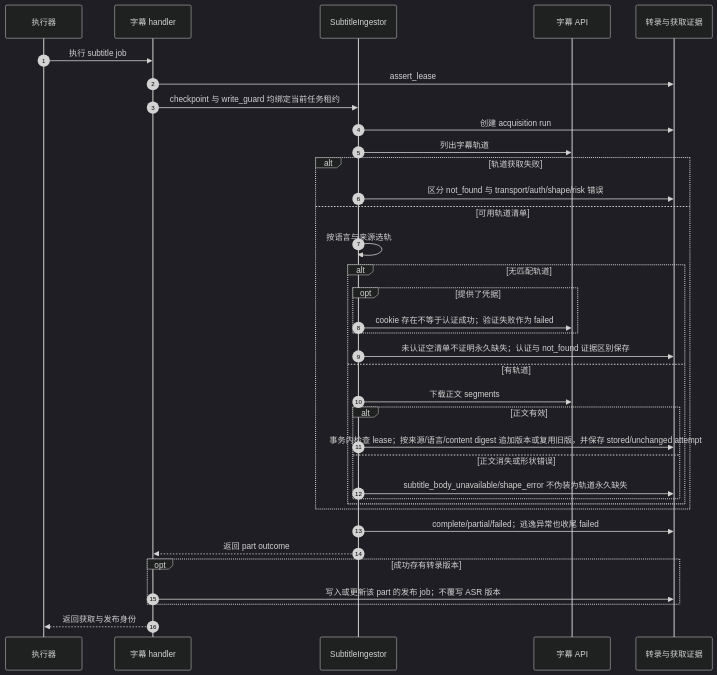
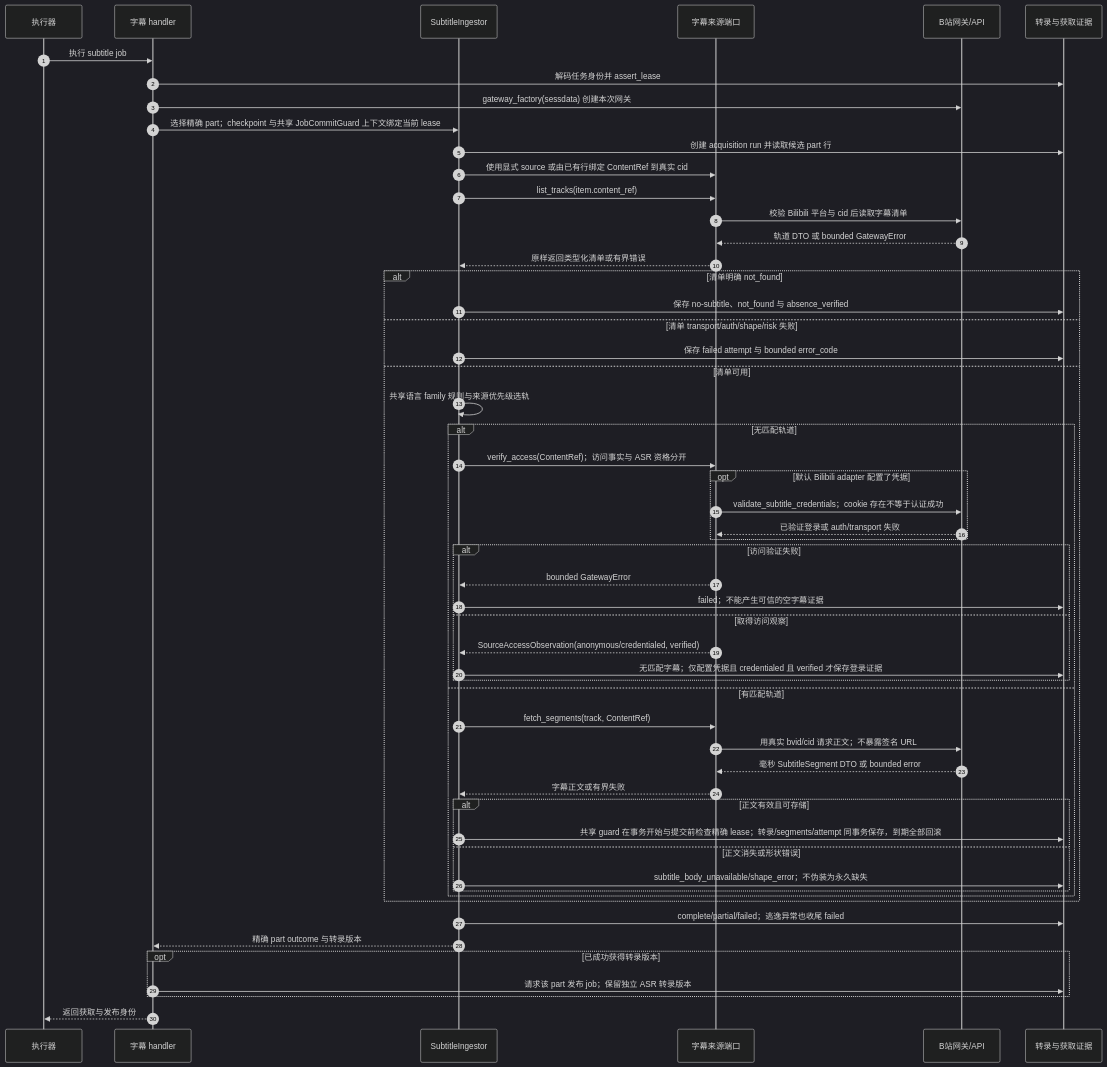
Before and after one commit to SuperCatQR/bilibili-asr-archive: the diagram in docs/sequences/05-subtitle-ingest.md, drawn with Mermaid (dark theme). The commit also changed other lines of this file and 66 other files, not shown here.

Commit message:
Document repaired boundaries and pin all architecture diagrams

````diff
--- a/docs/sequences/05-subtitle-ingest.md
+++ b/docs/sequences/05-subtitle-ingest.md
@@ -9,38 +9,57 @@
 ```mermaid
 sequenceDiagram
     autonumber
     participant executor as 执行器
     participant handler as 字幕 handler
     participant ingest as SubtitleIngestor
-    participant gateway as 字幕 API
+    participant source as 字幕来源端口
+    participant gateway as B站网关/API
     participant db as 转录与获取证据
     executor->>handler: 执行 subtitle job
-    handler->>db: assert_lease
-    handler->>ingest: checkpoint 与 write_guard 均绑定当前任务租约
-    ingest->>db: 创建 acquisition run
-    ingest->>gateway: 列出字幕轨道
-    alt 轨道获取失败
-    ingest->>db: 区分 not_found 与 transport/auth/shape/risk 错误
-    else 可用轨道清单
-    ingest->>ingest: 按语言与来源选轨
+    handler->>db: 解码任务身份并 assert_lease
+    handler->>gateway: gateway_factory(sessdata) 创建本次网关
+    handler->>ingest: 选择精确 part；checkpoint 与共享 JobCommitGuard 上下文绑定当前 lease
+    ingest->>db: 创建 acquisition run 并读取候选 part 行
+    ingest->>source: 使用显式 source 或由已有行绑定 ContentRef 到真实 cid
+    ingest->>source: list_tracks(item.content_ref)
+    source->>gateway: 校验 Bilibili 平台与 cid 后读取字幕清单
+    gateway-->>source: 轨道 DTO 或 bounded GatewayError
+    source-->>ingest: 原样返回类型化清单或有界错误
+    alt 清单明确 not_found
+    ingest->>db: 保存 no-subtitle、not_found 与 absence_verified
+    else 清单 transport/auth/shape/risk 失败
+    ingest->>db: 保存 failed attempt 与 bounded error_code
+    else 清单可用
+    ingest->>ingest: 共享语言 family 规则与来源优先级选轨
     alt 无匹配轨道
-    opt 提供了凭据
-    ingest->>gateway: cookie 存在不等于认证成功；验证失败作为 failed
+    ingest->>source: verify_access(ContentRef)；访问事实与 ASR 资格分开
+    opt 默认 Bilibili adapter 配置了凭据
+    source->>gateway: validate_subtitle_credentials；cookie 存在不等于认证成功
+    gateway-->>source: 已验证登录或 auth/transport 失败
     end
-    ingest->>db: 未认证空清单不证明永久缺失；认证与 not_found 证据区别保存
-    else 有轨道
-    ingest->>gateway: 下载正文 segments
-    alt 正文有效
-    ingest->>db: 事务内检查 lease；按来源/语言/content digest 追加版本或复用旧版，并保存 stored/unchanged attempt
+    alt 访问验证失败
+    source-->>ingest: bounded GatewayError
+    ingest->>db: failed；不能产生可信的空字幕证据
+    else 取得访问观察
+    source-->>ingest: SourceAccessObservation(anonymous/credentialed, verified)
+    ingest->>db: 无匹配字幕；仅配置凭据且 credentialed 且 verified 才保存登录证据
+    end
+    else 有匹配轨道
+    ingest->>source: fetch_segments(track, ContentRef)
+    source->>gateway: 用真实 bvid/cid 请求正文；不暴露签名 URL
+    gateway-->>source: 毫秒 SubtitleSegment DTO 或 bounded error
+    source-->>ingest: 字幕正文或有界失败
+    alt 正文有效且可存储
+    ingest->>db: 共享 guard 在事务开始与提交前检查精确 lease；转录/segments/attempt 同事务保存，到期全部回滚
     else 正文消失或形状错误
-    ingest->>db: subtitle_body_unavailable/shape_error 不伪装为轨道永久缺失
+    ingest->>db: subtitle_body_unavailable/shape_error；不伪装为永久缺失
     end
     end
     end
     ingest->>db: complete/partial/failed；逃逸异常也收尾 failed
-    ingest-->>handler: 返回 part outcome
-    opt 成功存有转录版本
-    handler->>db: 写入或更新该 part 的发布 job；不覆写 ASR 版本
+    ingest-->>handler: 精确 part outcome 与转录版本
+    opt 已成功获得转录版本
+    handler->>db: 请求该 part 发布 job；保留独立 ASR 转录版本
     end
     handler-->>executor: 返回获取与发布身份
 ```
````
